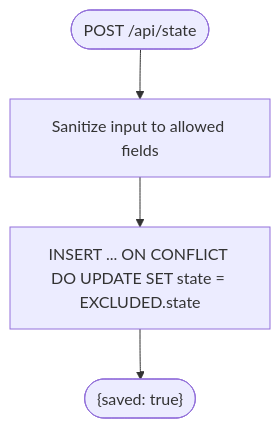
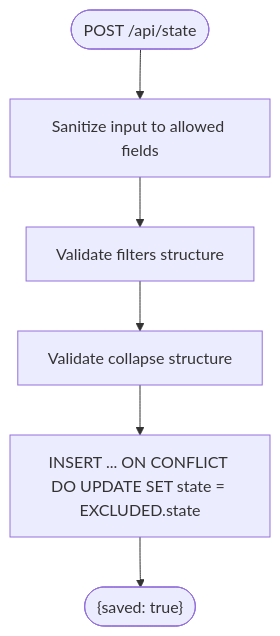
The fifth of 8 diagrams in .qoder/repowiki/en/content/Cloud Synchronization.md (iamrituraj/DSA-Tracker), drawn with Mermaid before and after one commit. The commit also changed other lines of this file and 34 other files, not shown here.

````diff
--- a/.qoder/repowiki/en/content/Cloud Synchronization.md
+++ b/.qoder/repowiki/en/content/Cloud Synchronization.md
@@ -184,6 +194,8 @@
 ```mermaid
 flowchart TD
 Req(["POST /api/state"]) --> Sanitize["Sanitize input to allowed fields"]
-Sanitize --> Upsert["INSERT ... ON CONFLICT DO UPDATE SET state = EXCLUDED.state"]
+Sanitize --> ValidateFilters["Validate filters structure"]
+ValidateFilters --> ValidateCollapse["Validate collapse structure"]
+ValidateCollapse --> Upsert["INSERT ... ON CONFLICT DO UPDATE SET state = EXCLUDED.state"]
 Upsert --> Done(["{saved: true}"])
 ```
````
